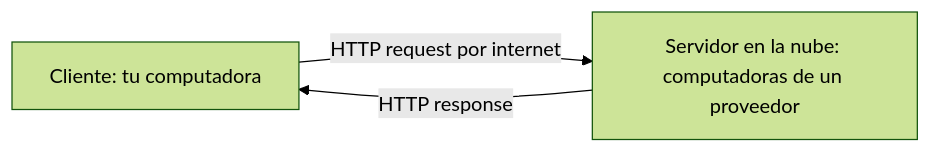
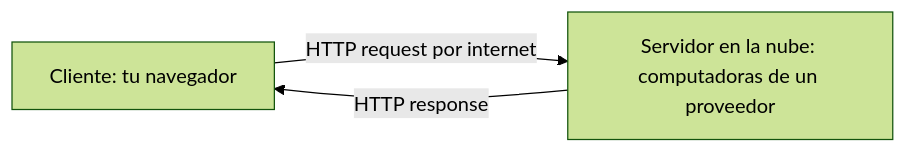
The third of 6 diagrams in src/content/docs/01-fundamentos-tecnologicos/04-frontend-backend.md (harrysxavio/gentle-ai-manual), drawn with Mermaid (forest theme) before and after one commit. The commit also changed other lines of this file and 1 other file, not shown here.

````diff
--- a/src/content/docs/01-fundamentos-tecnologicos/04-frontend-backend.md
+++ b/src/content/docs/01-fundamentos-tecnologicos/04-frontend-backend.md
@@ -106,5 +106,5 @@
 ```mermaid
 flowchart LR
-    C["Cliente: tu computadora"] -->|"HTTP request por internet"| S["Servidor en la nube: computadoras de un proveedor"]
+    C["Cliente: tu navegador"] -->|"HTTP request por internet"| S["Servidor en la nube: computadoras de un proveedor"]
     S -->|"HTTP response"| C
 ```
````
